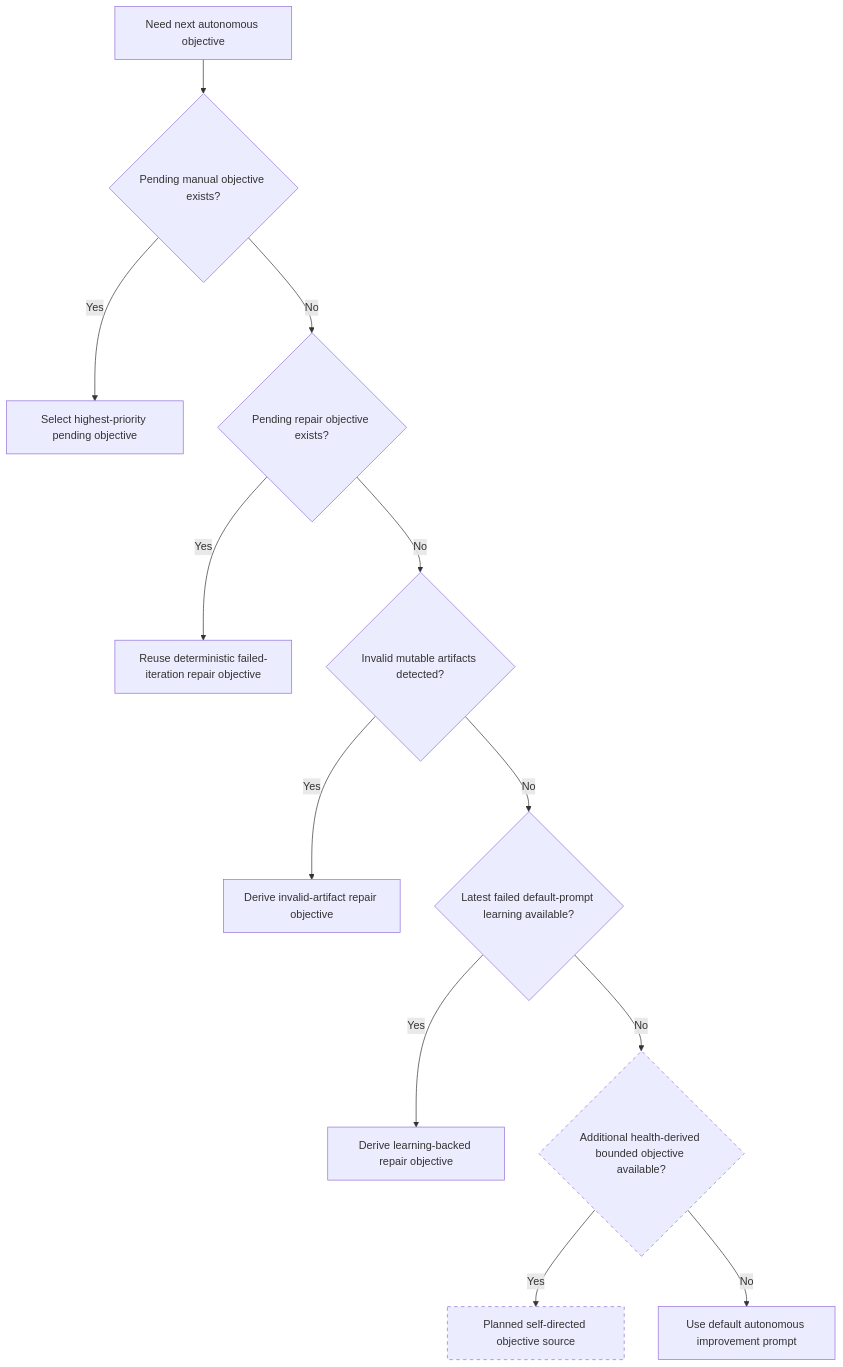
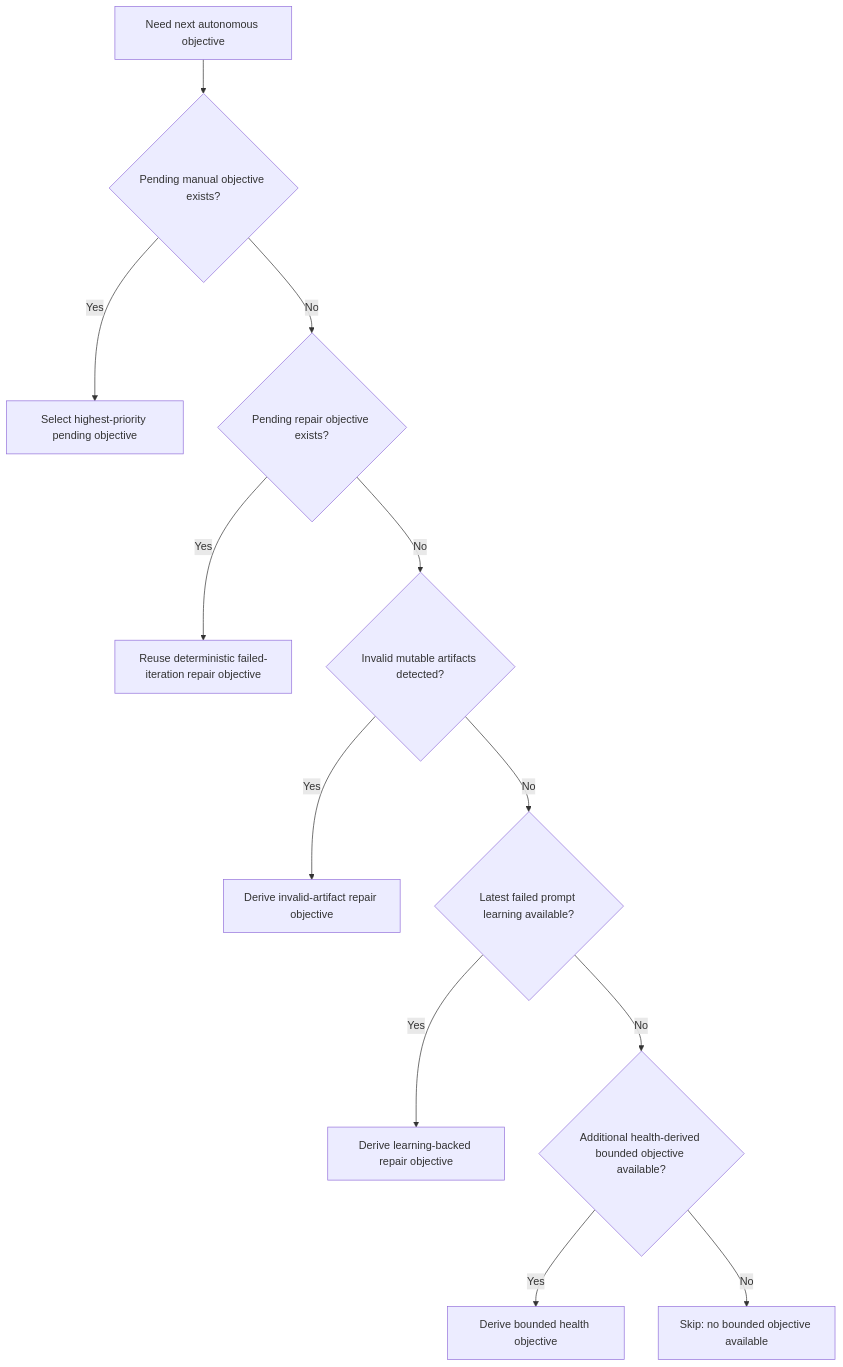
The fourth of 4 diagrams in README.md (ryodeushii/oc-evolver), drawn with Mermaid before and after one commit. The commit also changed other lines of this file and 11 other files, not shown here.

Commit message:
feat: complete bounded autonomous loop convergence

````diff
--- a/README.md
+++ b/README.md
@@ -229,17 +229,14 @@
 ```mermaid
 flowchart TD
     Begin[Need next autonomous objective] --> Manual{Pending manual objective exists?}
     Manual -- Yes --> ManualPick[Select highest-priority pending objective]
     Manual -- No --> Repair{Pending repair objective exists?}
     Repair -- Yes --> RepairPick[Reuse deterministic failed-iteration repair objective]
     Repair -- No --> Invalid{Invalid mutable artifacts detected?}
     Invalid -- Yes --> InvalidPick[Derive invalid-artifact repair objective]
-    Invalid -- No --> Learning{Latest failed default-prompt learning available?}
+    Invalid -- No --> Learning{Latest failed prompt learning available?}
     Learning -- Yes --> LearningPick[Derive learning-backed repair objective]
     Learning -- No --> Health{Additional health-derived bounded objective available?}
-    Health -- Yes --> HealthPick[Planned self-directed objective source]
-    Health -- No --> Fallback[Use default autonomous improvement prompt]
-
-    classDef planned stroke-dasharray: 5 5;
-    class Health,HealthPick planned;
+    Health -- Yes --> HealthPick[Derive bounded health objective]
+    Health -- No --> Converge[Skip: no bounded objective available]
 ```
````
